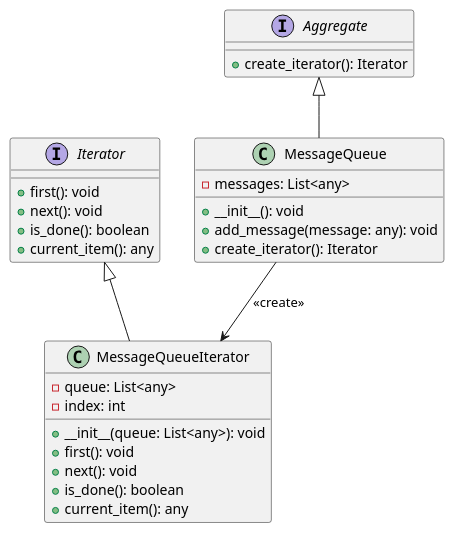
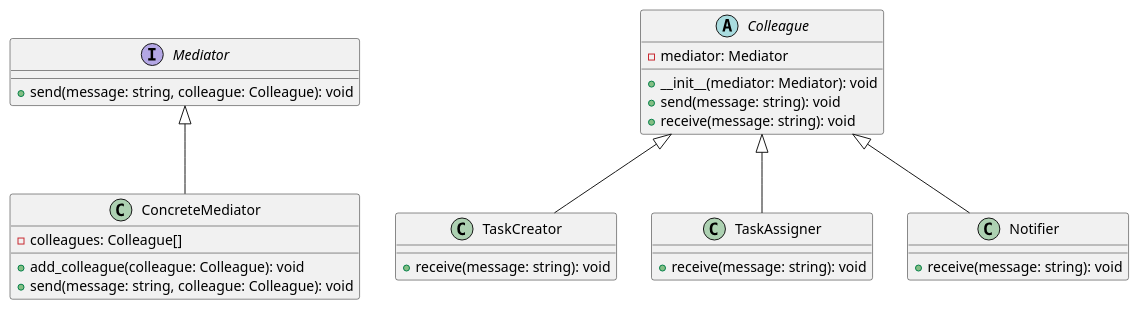
Before and after one commit to andrewovchinnikov/design-patterns: the diagram in klassifikaciya-patternov/povedencheskie-patterny-behavioral-patterns/posrednik-mediator/primery/vzaimodeistvie-komponentov-v-task-trekere/python.md, drawn with PlantUML. The commit also changed other lines of this file and 3 other files, not shown here.

````diff
--- a/klassifikaciya-patternov/povedencheskie-patterny-behavioral-patterns/posrednik-mediator/primery/vzaimodeistvie-komponentov-v-task-trekere/python.md
+++ b/klassifikaciya-patternov/povedencheskie-patterny-behavioral-patterns/posrednik-mediator/primery/vzaimodeistvie-komponentov-v-task-trekere/python.md
@@ -115,37 +115,39 @@
 ```plantuml
 @startuml
 
-interface Iterator {
-    +first(): void
-    +next(): void
-    +is_done(): boolean
-    +current_item(): any
+interface Mediator {
+    +send(message: string, colleague: Colleague): void
 }
 
-class MessageQueueIterator {
-    -queue: List<any>
-    -index: int
-    +__init__(queue: List<any>): void
-    +first(): void
-    +next(): void
-    +is_done(): boolean
-    +current_item(): any
+abstract class Colleague {
+    -mediator: Mediator
+    +__init__(mediator: Mediator): void
+    +send(message: string): void
+    +receive(message: string): void
 }
 
-interface Aggregate {
-    +create_iterator(): Iterator
+class ConcreteMediator {
+    -colleagues: Colleague[]
+    +add_colleague(colleague: Colleague): void
+    +send(message: string, colleague: Colleague): void
 }
 
-class MessageQueue {
-    -messages: List<any>
-    +__init__(): void
-    +add_message(message: any): void
-    +create_iterator(): Iterator
+class TaskCreator {
+    +receive(message: string): void
 }
 
-Iterator <|-- MessageQueueIterator
-Aggregate <|-- MessageQueue
-MessageQueue --> MessageQueueIterator: <<create>>
+class TaskAssigner {
+    +receive(message: string): void
+}
+
+class Notifier {
+    +receive(message: string): void
+}
+
+Mediator <|-- ConcreteMediator
+Colleague <|-- TaskCreator
+Colleague <|-- TaskAssigner
+Colleague <|-- Notifier
 
 @enduml
 ```
````
